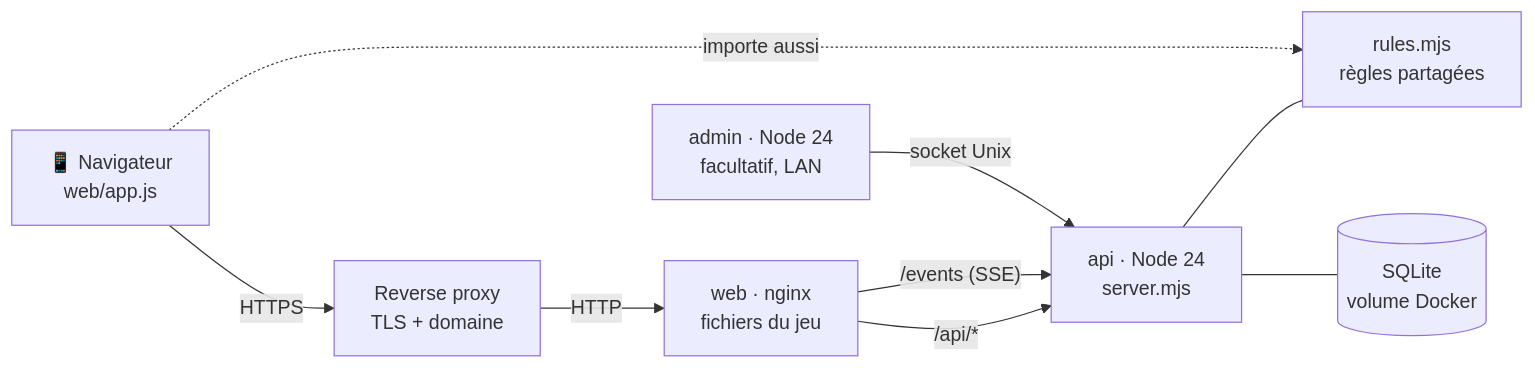
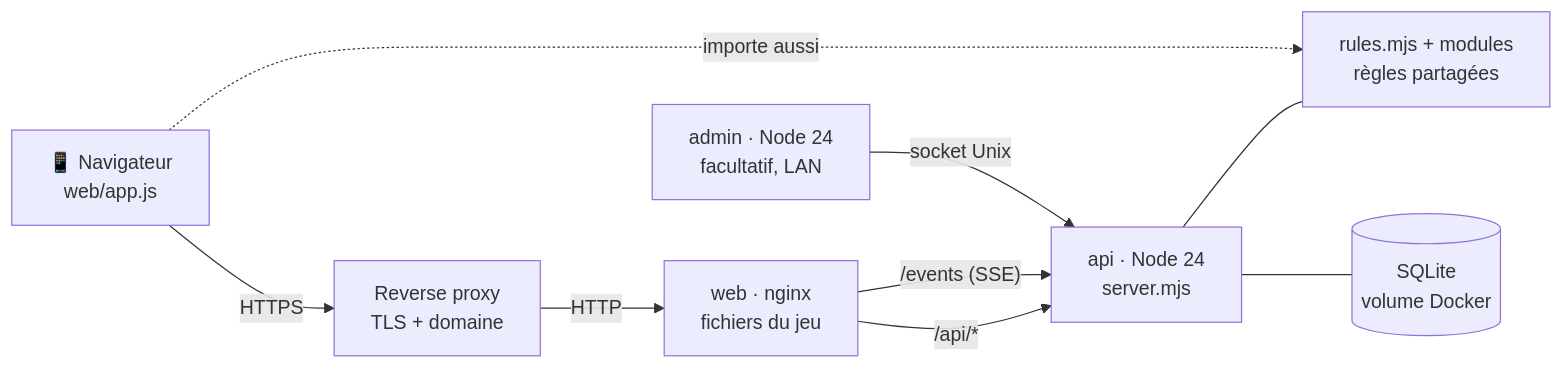
The diagram in README.md (MonXBZH/politigo), drawn with Mermaid before and after one commit. The commit also changed other lines of this file and 35 other files, not shown here.

````diff
--- a/README.md
+++ b/README.md
@@ -153,11 +200,11 @@
 ```mermaid
 flowchart LR
   P["📱 Navigateur<br/>web/app.js"] -- HTTPS --> RP["Reverse proxy<br/>TLS + domaine"]
   RP -- HTTP --> W["web · nginx<br/>fichiers du jeu"]
   W -- "/api/*" --> A["api · Node 24<br/>server.mjs"]
   W -- "/events (SSE)" --> A
-  A --- R["rules.mjs<br/>règles partagées"]
+  A --- R["rules.mjs + modules<br/>règles partagées"]
   P -. "importe aussi" .-> R
   A --- DB[("SQLite<br/>volume Docker")]
   AD["admin · Node 24<br/>facultatif, LAN"] -- "socket Unix" --> A
 ```
````
